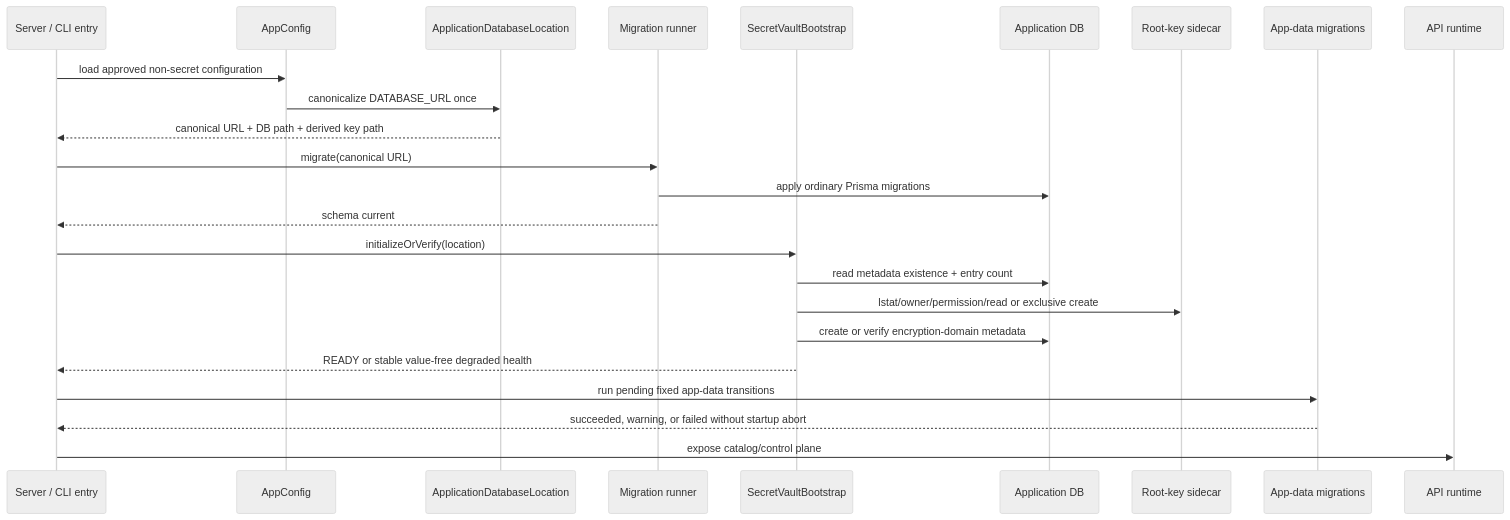
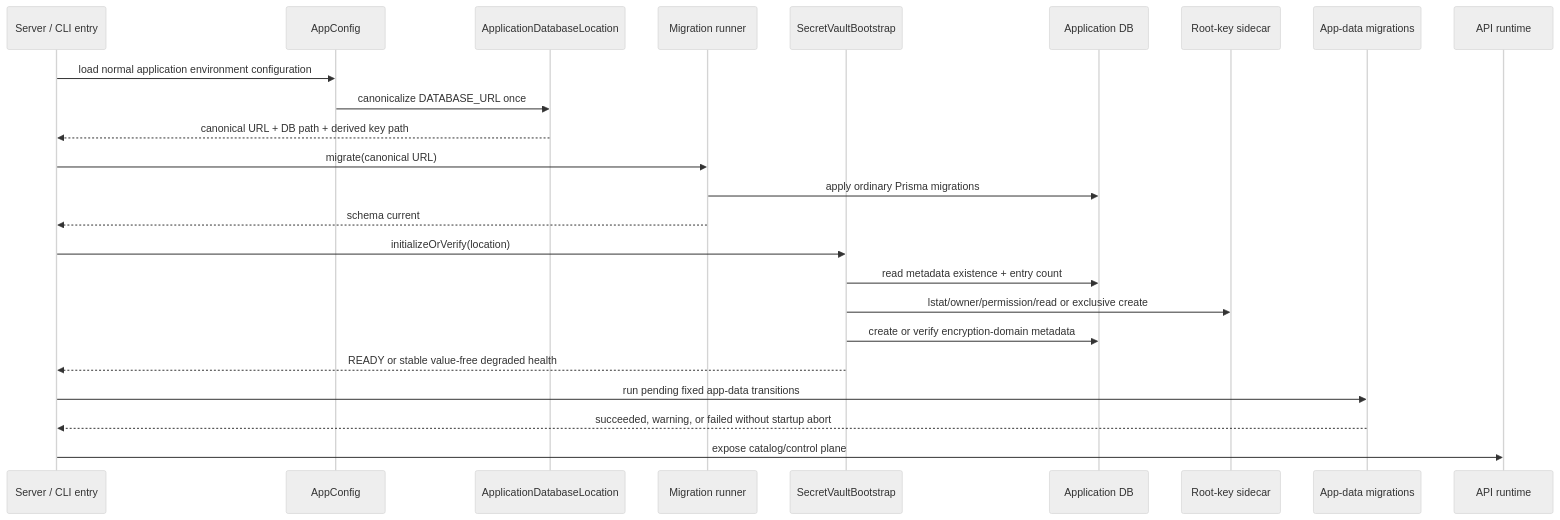
The second of 14 diagrams in tickets/in-progress/secure-centralized-secret-provisioning/secret-storage-architecture.md (AutoByteus/autobyteus-workspace), drawn with Mermaid (neutral theme) before and after one commit. The commit also changed other lines of this file and 121 other files, not shown here.

````diff
--- a/tickets/in-progress/secure-centralized-secret-provisioning/secret-storage-architecture.md
+++ b/tickets/in-progress/secure-centralized-secret-provisioning/secret-storage-architecture.md
@@ -53,27 +53,27 @@
 ```mermaid
 sequenceDiagram
   participant Entry as Server / CLI entry
   participant Config as AppConfig
   participant Loc as ApplicationDatabaseLocation
   participant Mig as Migration runner
   participant Boot as SecretVaultBootstrap
   participant DB as Application DB
   participant Key as Root-key sidecar
   participant DataMig as App-data migrations
   participant API as API runtime
 
-  Entry->>Config: load approved non-secret configuration
+  Entry->>Config: load normal application environment configuration
   Config->>Loc: canonicalize DATABASE_URL once
   Loc-->>Entry: canonical URL + DB path + derived key path
   Entry->>Mig: migrate(canonical URL)
   Mig->>DB: apply ordinary Prisma migrations
   Mig-->>Entry: schema current
   Entry->>Boot: initializeOrVerify(location)
   Boot->>DB: read metadata existence + entry count
   Boot->>Key: lstat/owner/permission/read or exclusive create
   Boot->>DB: create or verify encryption-domain metadata
   Boot-->>Entry: READY or stable value-free degraded health
   Entry->>DataMig: run pending fixed app-data transitions
   DataMig-->>Entry: succeeded, warning, or failed without startup abort
   Entry->>API: expose catalog/control plane
 ```
````
